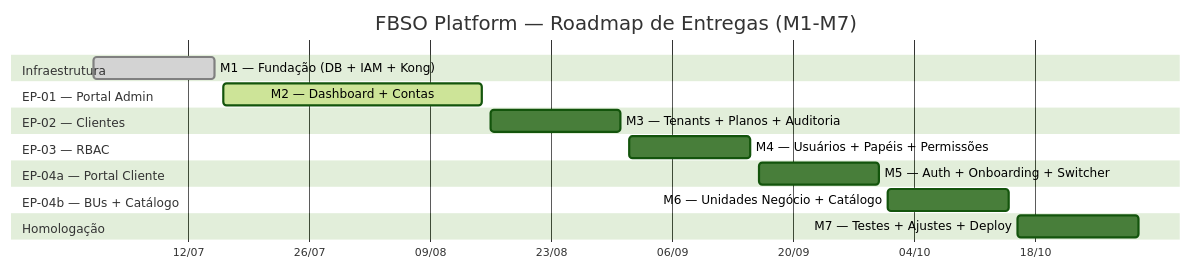
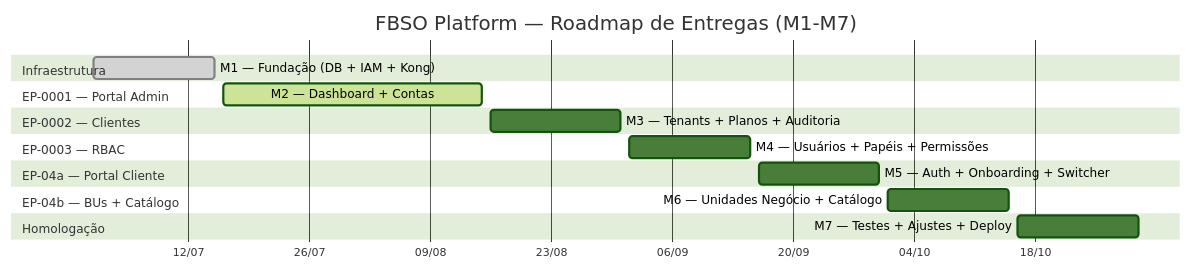
The first of 7 diagrams in business-inputs/business-projects/PRJ-FIN-2026-0003-SAAS-FBSO-ORG/technical-definitions/PROJECT-TECHNICAL-DEFINITIONS-MILESTONES.md (bolismar69/workspace-fbso), drawn with Mermaid (forest theme) before and after one commit. The commit also changed other lines of this file and 9 other files, not shown here.

````diff
--- a/business-inputs/business-projects/PRJ-FIN-2026-0003-SAAS-FBSO-ORG/technical-definitions/PROJECT-TECHNICAL-DEFINITIONS-MILESTONES.md
+++ b/business-inputs/business-projects/PRJ-FIN-2026-0003-SAAS-FBSO-ORG/technical-definitions/PROJECT-TECHNICAL-DEFINITIONS-MILESTONES.md
@@ -14,28 +16,28 @@
 ```mermaid
 gantt
     title FBSO Platform — Roadmap de Entregas (M1-M7)
     dateFormat  YYYY-MM-DD
     axisFormat  %d/%m
     tickInterval 2week
 
     section Infraestrutura
     M1 — Fundação (DB + IAM + Kong)    :done,    m1, 2026-07-01, 2026-07-15
 
-    section EP-01 — Portal Admin
+    section EP-0001 — Portal Admin
     M2 — Dashboard + Contas            :active,  m2, 2026-07-16, 2026-08-15
 
-    section EP-02 — Clientes
+    section EP-0002 — Clientes
     M3 — Tenants + Planos + Auditoria   :         m3, 2026-08-16, 2026-08-31
 
-    section EP-03 — RBAC
+    section EP-0003 — RBAC
     M4 — Usuários + Papéis + Permissões :         m4, 2026-09-01, 2026-09-15
 
     section EP-04a — Portal Cliente
     M5 — Auth + Onboarding + Switcher  :         m5, 2026-09-16, 2026-09-30
 
     section EP-04b — BUs + Catálogo
     M6 — Unidades Negócio + Catálogo   :         m6, 2026-10-01, 2026-10-15
 
     section Homologação
     M7 — Testes + Ajustes + Deploy     :         m7, 2026-10-16, 2026-10-30
 ```
````
